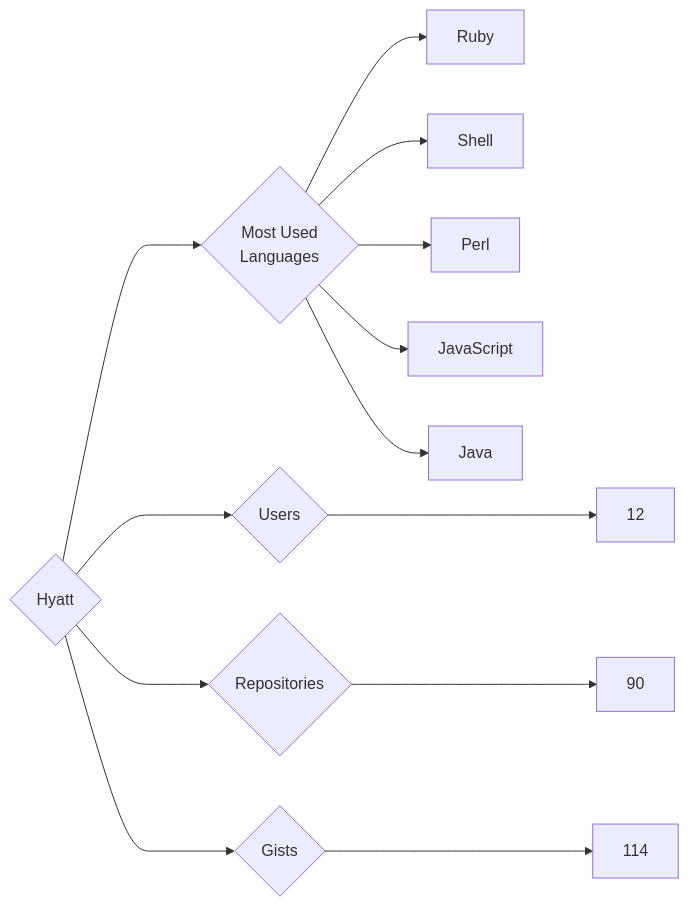
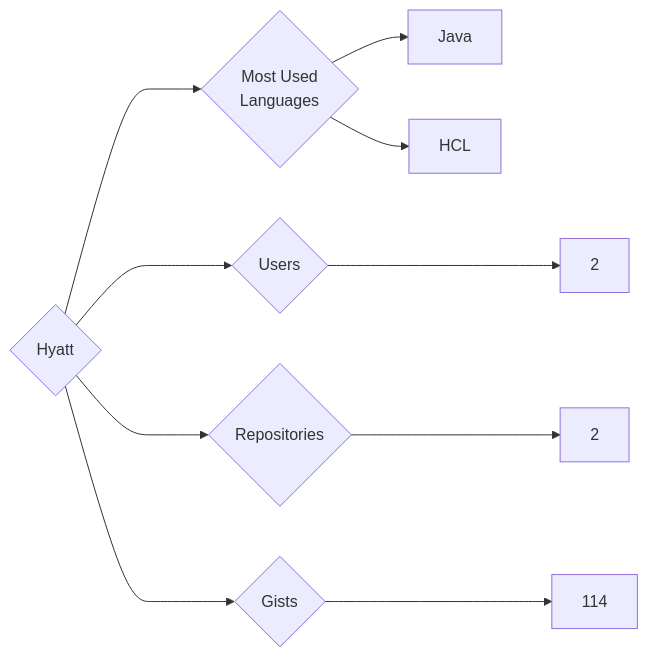
The diagram in targets/Hyatt/README.md (trickest/insiders), drawn with Mermaid before and after one commit. The commit also changed 891 other files, not shown here.

````diff
--- a/targets/Hyatt/README.md
+++ b/targets/Hyatt/README.md
@@ -3,13 +3,10 @@
 ```mermaid
 graph LR
 COMPANY_NAME{Hyatt}
-COMPANY_NAME ---> U{Users} ---> UN[12]
-COMPANY_NAME ---> R{Repositories} ---> RN[90]
+COMPANY_NAME ---> U{Users} ---> UN[2]
+COMPANY_NAME ---> R{Repositories} ---> RN[2]
 COMPANY_NAME ---> G{Gists} ---> GN[114]
 COMPANY_NAME ---> ML{Most Used<br>Languages}
-ML --> Ruby[Ruby]
-ML --> Shell[Shell]
-ML --> Perl[Perl]
-ML --> JavaScript[JavaScript]
 ML --> Java[Java]
+ML --> HCL[HCL]
 ```
````
